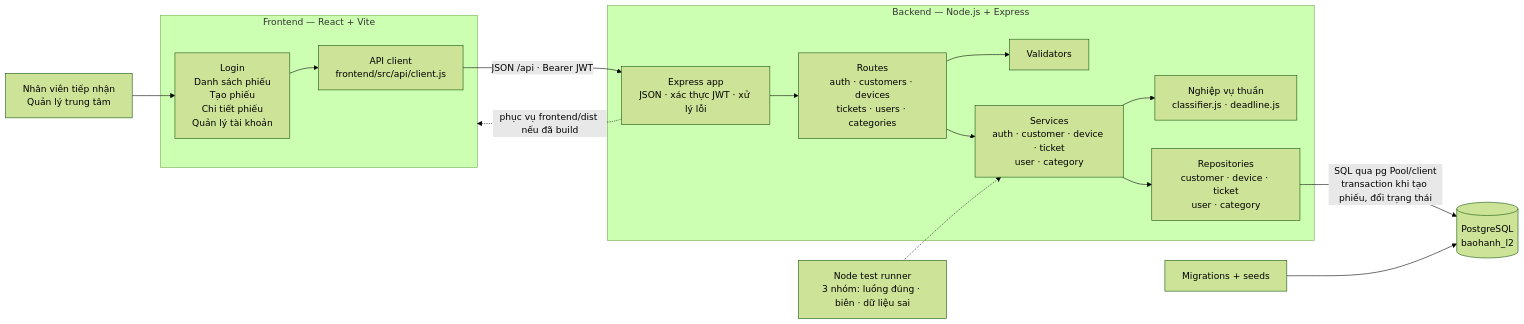
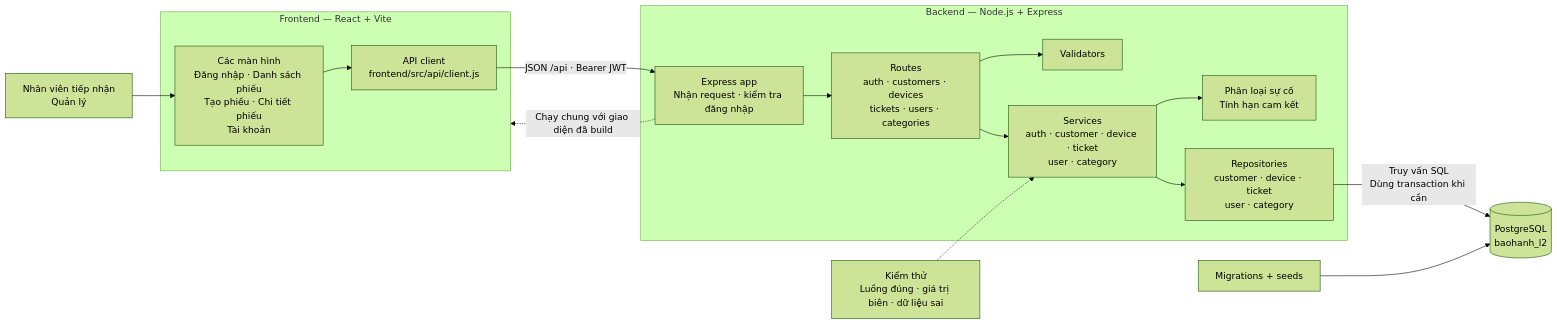
Before and after one commit to levan05/cdtn1-tranvanle-l2: the diagram in docs/architecture-thuc-te.md, drawn with Mermaid (forest theme). The commit also changed other lines of this file, not shown here.

Commit message:
docs(architecture): cap nhat so do kien truc thuc te

````diff
--- a/docs/architecture-thuc-te.md
+++ b/docs/architecture-thuc-te.md
@@ -5,36 +5,36 @@
 ```mermaid
 flowchart LR
-    U["Nhân viên tiếp nhận<br/>Quản lý trung tâm"]
+    U["Nhân viên tiếp nhận<br/>Quản lý"]
 
     subgraph FE["Frontend — React + Vite"]
-        UI["Login<br/>Danh sách phiếu<br/>Tạo phiếu<br/>Chi tiết phiếu<br/>Quản lý tài khoản"]
+        UI["Các màn hình<br/>Đăng nhập · Danh sách phiếu<br/>Tạo phiếu · Chi tiết phiếu<br/>Tài khoản"]
         CLIENT["API client<br/>frontend/src/api/client.js"]
         UI --> CLIENT
     end
 
     subgraph APP["Backend — Node.js + Express"]
-        HTTP["Express app<br/>JSON · xác thực JWT · xử lý lỗi"]
+        HTTP["Express app<br/>Nhận request · kiểm tra đăng nhập"]
         ROUTES["Routes<br/>auth · customers · devices<br/>tickets · users · categories"]
         VALID["Validators"]
         SERVICES["Services<br/>auth · customer · device · ticket<br/>user · category"]
-        DOMAIN["Nghiệp vụ thuần<br/>classifier.js · deadline.js"]
+        DOMAIN["Phân loại sự cố<br/>Tính hạn cam kết"]
         REPOS["Repositories<br/>customer · device · ticket<br/>user · category"]
 
         HTTP --> ROUTES
         ROUTES --> VALID
         ROUTES --> SERVICES
         SERVICES --> DOMAIN
         SERVICES --> REPOS
     end
 
     DB[("PostgreSQL<br/>baohanh_l2")]
     MIG["Migrations + seeds"]
-    TEST["Node test runner<br/>3 nhóm: luồng đúng · biên · dữ liệu sai"]
+    TEST["Kiểm thử<br/>Luồng đúng · giá trị biên · dữ liệu sai"]
 
     U --> UI
     CLIENT -->|"JSON /api · Bearer JWT"| HTTP
-    REPOS -->|"SQL qua pg Pool/client<br/>transaction khi tạo phiếu, đổi trạng thái"| DB
+    REPOS -->|"Truy vấn SQL<br/>Dùng transaction khi cần"| DB
     MIG --> DB
     TEST -.-> SERVICES
-    HTTP -.->|"phục vụ frontend/dist nếu đã build"| FE
+    HTTP -.->|"Chạy chung với giao diện đã build"| FE
 ```
````
